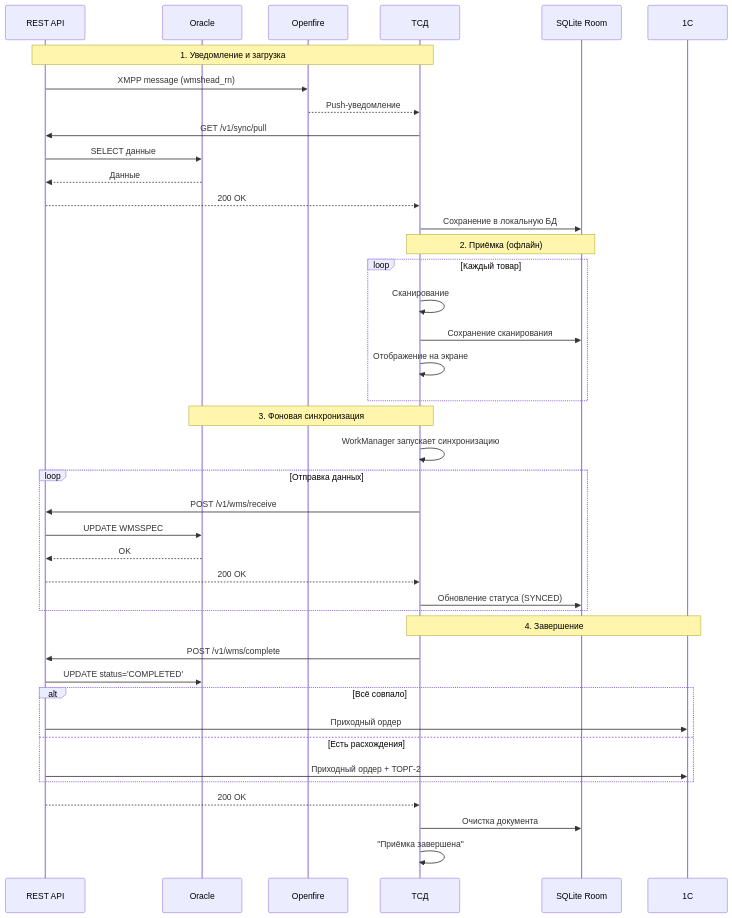
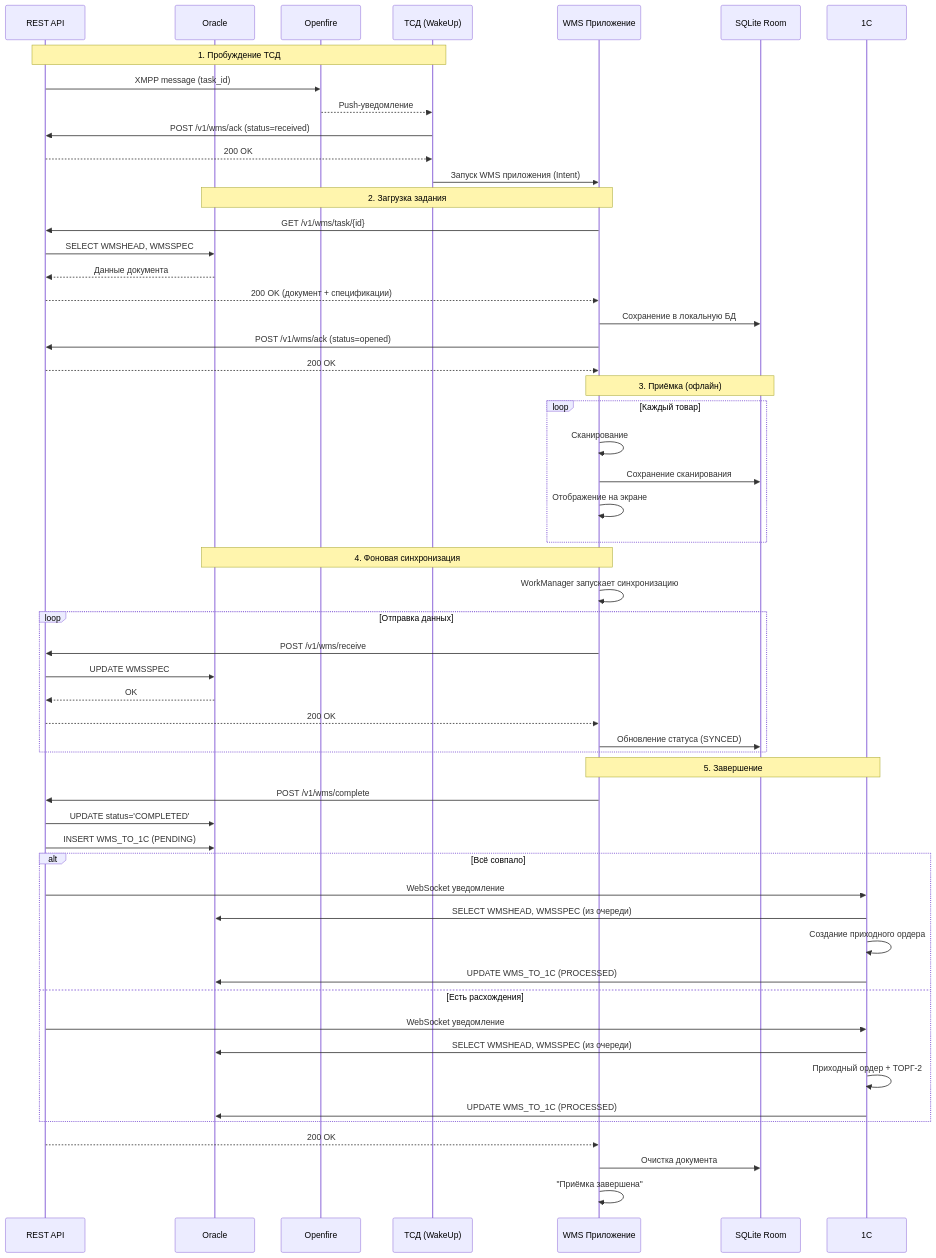
One commit to polushindn-art/oralce-api changed the second of 4 diagrams in src/main/resources/markdown/Tech_spec/Accept.md. Above: the diagram before and after it, drawn with Mermaid. The commit also changed other lines of this file and 5 other files, not shown here.

````diff
--- a/src/main/resources/markdown/Tech_spec/Accept.md
+++ b/src/main/resources/markdown/Tech_spec/Accept.md
@@ -47,55 +47,72 @@
 ```mermaid
 sequenceDiagram
     participant API as REST API
     participant Oracle as Oracle
     participant OF as Openfire
-    participant ТСД as ТСД
+    participant ТСД as ТСД (WakeUp)
+    participant WMS as WMS Приложение
     participant Room as SQLite Room
     participant 1С
 
-    Note over API,ТСД: 1. Уведомление и загрузка
-    
-    API->>OF: XMPP message (wmshead_rn)
+    Note over API,ТСД: 1. Пробуждение ТСД
+
+    API->>OF: XMPP message (task_id)
     OF-->>ТСД: Push-уведомление
-    
-    ТСД->>API: GET /v1/sync/pull
-    API->>Oracle: SELECT данные
-    Oracle-->>API: Данные
+
+    ТСД->>API: POST /v1/wms/ack (status=received)
     API-->>ТСД: 200 OK
-    ТСД->>Room: Сохранение в локальную БД
-    
-    Note over ТСД,Room: 2. Приёмка (офлайн)
-    
+
+    ТСД->>WMS: Запуск WMS приложения (Intent)
+
+    Note over WMS,Oracle: 2. Загрузка задания
+
+    WMS->>API: GET /v1/wms/task/{id}
+    API->>Oracle: SELECT WMSHEAD, WMSSPEC
+    Oracle-->>API: Данные документа
+    API-->>WMS: 200 OK (документ + спецификации)
+    WMS->>Room: Сохранение в локальную БД
+    WMS->>API: POST /v1/wms/ack (status=opened)
+    API-->>WMS: 200 OK
+
+    Note over WMS,Room: 3. Приёмка (офлайн)
+
     loop Каждый товар
-        ТСД->>ТСД: Сканирование
-        ТСД->>Room: Сохранение сканирования
-        ТСД->>ТСД: Отображение на экране
+        WMS->>WMS: Сканирование
+        WMS->>Room: Сохранение сканирования
+        WMS->>WMS: Отображение на экране
     end
-    
-    Note over ТСД,Oracle: 3. Фоновая синхронизация
-    
-    ТСД->>ТСД: WorkManager запускает синхронизацию
-    
+
+    Note over WMS,Oracle: 4. Фоновая синхронизация
+
+    WMS->>WMS: WorkManager запускает синхронизацию
+
     loop Отправка данных
-        ТСД->>API: POST /v1/wms/receive
+        WMS->>API: POST /v1/wms/receive
         API->>Oracle: UPDATE WMSSPEC
         Oracle-->>API: OK
-        API-->>ТСД: 200 OK
-        ТСД->>Room: Обновление статуса (SYNCED)
+        API-->>WMS: 200 OK
+        WMS->>Room: Обновление статуса (SYNCED)
     end
-    
-    Note over ТСД,1С: 4. Завершение
-    
-    ТСД->>API: POST /v1/wms/complete
+
+    Note over WMS,1С: 5. Завершение
+
+    WMS->>API: POST /v1/wms/complete
     API->>Oracle: UPDATE status='COMPLETED'
-    
+    API->>Oracle: INSERT WMS_TO_1C (PENDING)
+
     alt Всё совпало
-        API->>1С: Приходный ордер
+        API->>1С: WebSocket уведомление
+        1С->>Oracle: SELECT WMSHEAD, WMSSPEC (из очереди)
+        1С->>1С: Создание приходного ордера
+        1С->>Oracle: UPDATE WMS_TO_1C (PROCESSED)
     else Есть расхождения
-        API->>1С: Приходный ордер + ТОРГ-2
+        API->>1С: WebSocket уведомление
+        1С->>Oracle: SELECT WMSHEAD, WMSSPEC (из очереди)
+        1С->>1С: Приходный ордер + ТОРГ-2
+        1С->>Oracle: UPDATE WMS_TO_1C (PROCESSED)
     end
-    
-    API-->>ТСД: 200 OK
-    ТСД->>Room: Очистка документа
-    ТСД->>ТСД: "Приёмка завершена"
+
+    API-->>WMS: 200 OK
+    WMS->>Room: Очистка документа
+    WMS->>WMS: "Приёмка завершена"
 ```
````
